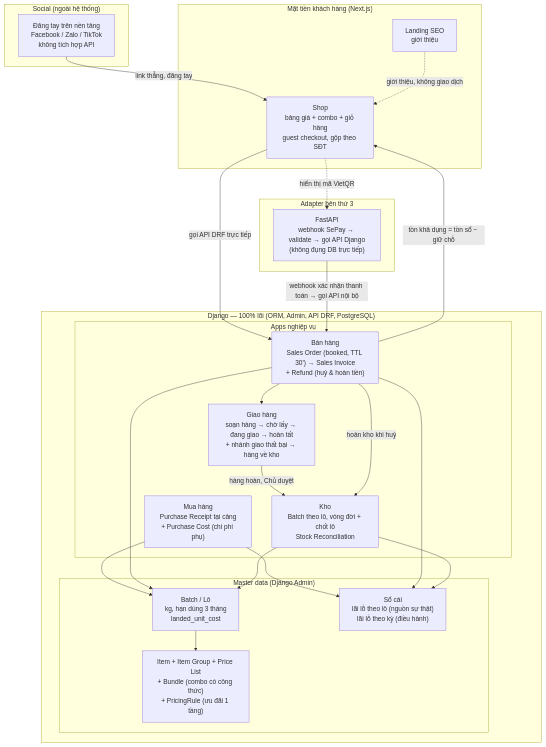
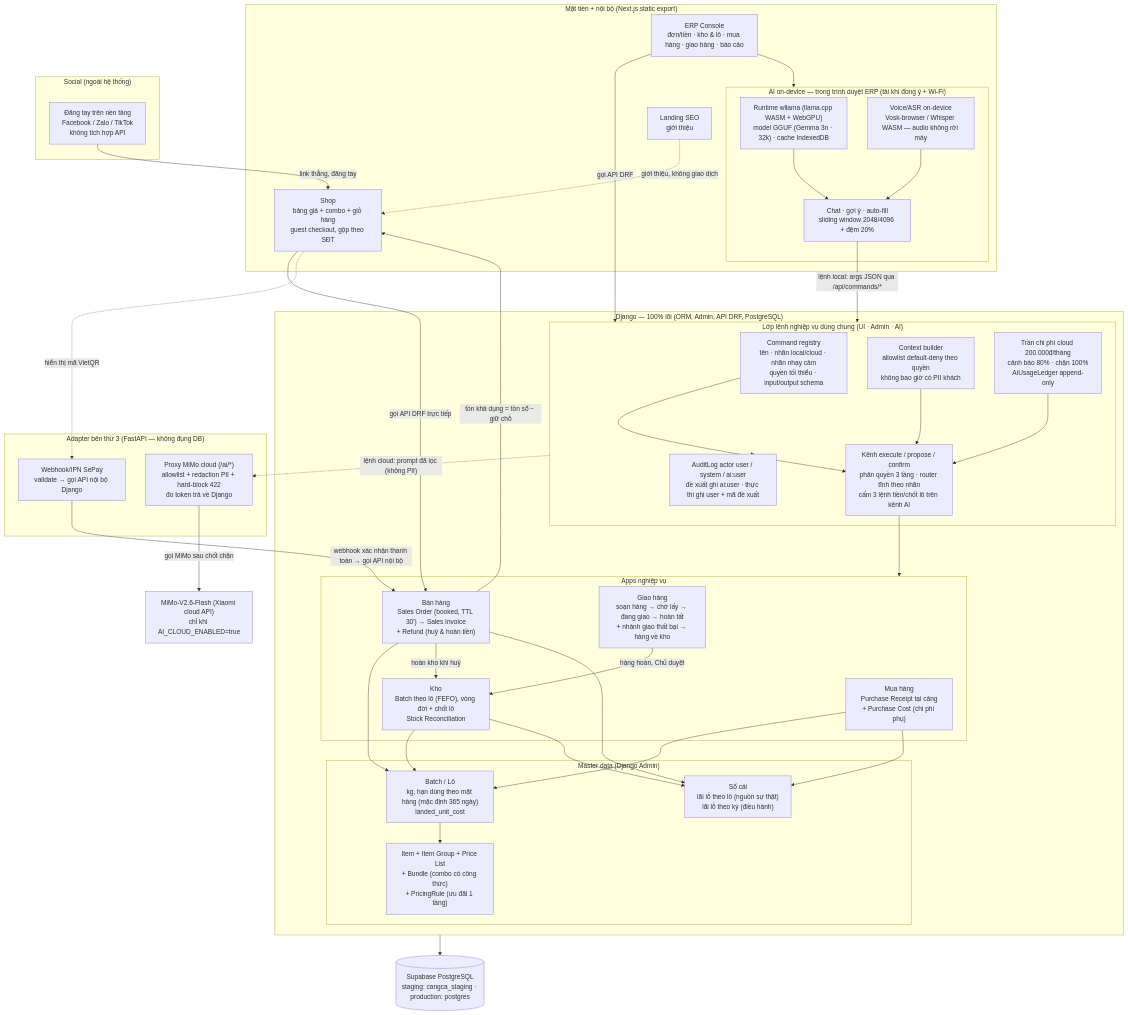
The diagram in doc/ecosystem-l1.md (DuyduyFedev46/fish), drawn with Mermaid before and after one commit. The commit also changed other lines of this file and 108 other files, not shown here.

First line of the commit message:
WIP: AI Native ERP (hồ sơ, AuditLog AI actor, runtime on-device wllama, baseline perf)

````diff
--- a/doc/ecosystem-l1.md
+++ b/doc/ecosystem-l1.md
@@ -5,48 +7,78 @@
 ```mermaid
 flowchart TB
-    subgraph FRONT["Mặt tiền khách hàng (Next.js)"]
+    subgraph FRONT["Mặt tiền + nội bộ (Next.js static export)"]
         LANDING["Landing SEO<br/>giới thiệu"]
         SHOP["Shop<br/>bảng giá + combo + giỏ hàng<br/>guest checkout, gộp theo SĐT"]
+        ERP["ERP Console<br/>đơn/tiền · kho & lô · mua hàng · giao hàng · báo cáo"]
+        subgraph AIONDEV["AI on-device — trong trình duyệt ERP (tải khi đồng ý + Wi-Fi)"]
+            WLLAMA["Runtime wllama (llama.cpp WASM + WebGPU)<br/>model GGUF (Gemma 3n · 32k) · cache IndexedDB"]
+            ASR["Voice/ASR on-device<br/>Vosk-browser / Whisper WASM — audio không rời máy"]
+            CHAT["Chat · gợi ý · auto-fill<br/>sliding window 2048/4096 + đệm 20%"]
+        end
     end
 
     subgraph SOC["Social (ngoài hệ thống)"]
         SOCIAL["Đăng tay trên nền tảng<br/>Facebook / Zalo / TikTok<br/>không tích hợp API"]
     end
 
-    subgraph ADAPTER["Adapter bên thứ 3"]
-        FASTAPI["FastAPI<br/>webhook SePay → validate → gọi API Django<br/>(không đụng DB trực tiếp)"]
+    subgraph ADAPTER["Adapter bên thứ 3 (FastAPI — không đụng DB)"]
+        SEPAY["Webhook/IPN SePay<br/>validate → gọi API nội bộ Django"]
+        MIMOPROXY["Proxy MiMo cloud (/ai/*)<br/>allowlist + redaction PII + hard-block 422<br/>đo token trả về Django"]
     end
 
     subgraph CORE["Django — 100% lõi (ORM, Admin, API DRF, PostgreSQL)"]
+        subgraph CMDS["Lớp lệnh nghiệp vụ dùng chung (UI · Admin · AI)"]
+            REG["Command registry<br/>tên · nhãn local/cloud · nhãn nhạy cảm<br/>quyền tối thiểu · input/output schema"]
+            EXEC["Kênh execute / propose / confirm<br/>phân quyền 3 tầng · router tĩnh theo nhãn<br/>cấm 3 lệnh tiền/chốt lô trên kênh AI"]
+            CTX["Context builder<br/>allowlist default-deny theo quyền<br/>không bao giờ có PII khách"]
+            BUDGET["Trần chi phí cloud 200.000đ/tháng<br/>cảnh báo 80% · chặn 100%<br/>AiUsageLedger append-only"]
+            AUDIT["AuditLog actor user / system / ai:user<br/>đề xuất ghi ai:user · thực thi ghi user + mã đề xuất"]
+        end
         subgraph APPS["Apps nghiệp vụ"]
             MUA["Mua hàng<br/>Purchase Receipt tại cảng<br/>+ Purchase Cost (chi phí phụ)"]
             BAN["Bán hàng<br/>Sales Order (booked, TTL 30') → Sales Invoice<br/>+ Refund (huỷ & hoàn tiền)"]
             GIAO["Giao hàng<br/>soạn hàng → chờ lấy → đang giao → hoàn tất<br/>+ nhánh giao thất bại → hàng về kho"]
-            KHO["Kho<br/>Batch theo lô, vòng đời + chốt lô<br/>Stock Reconciliation"]
+            KHO["Kho<br/>Batch theo lô (FEFO), vòng đời + chốt lô<br/>Stock Reconciliation"]
         end
         subgraph MASTER["Master data (Django Admin)"]
             ITEM["Item + Item Group + Price List<br/>+ Bundle (combo có công thức)<br/>+ PricingRule (ưu đãi 1 tầng)"]
-            BATCH["Batch / Lô<br/>kg, hạn dùng 3 tháng<br/>landed_unit_cost"]
+            BATCH["Batch / Lô<br/>kg, hạn dùng theo mặt hàng (mặc định 365 ngày)<br/>landed_unit_cost"]
             LEDGER["Sổ cái<br/>lãi lỗ theo lô (nguồn sự thật)<br/>lãi lỗ theo kỳ (điều hành)"]
         end
     end
 
+    DB[("Supabase PostgreSQL<br/>staging: cangca_staging · production: postgres")]
+    MIMOCLOUD["MiMo-V2.6-Flash (Xiaomi cloud API)<br/>chỉ khi AI_CLOUD_ENABLED=true"]
+
     SOCIAL -->|link thẳng, đăng tay| SHOP
+    LANDING -.giới thiệu, không giao dịch.-> SHOP
     SHOP -->|gọi API DRF trực tiếp| BAN
-    LANDING -.giới thiệu, không giao dịch.-> SHOP
+    ERP -->|gọi API DRF| CMDS
+    ERP --> AIONDEV
+    WLLAMA --> CHAT
+    ASR --> CHAT
+    CHAT -->|lệnh local: args JSON qua /api/commands/*| CMDS
 
     BAN -->|tồn khả dụng = tồn sổ − giữ chỗ| SHOP
-    SHOP -.hiển thị mã VietQR.-> FASTAPI
-    FASTAPI -->|webhook xác nhận thanh toán → gọi API nội bộ| BAN
-    BAN --> GIAO
-    GIAO -->|hàng hoàn, Chủ duyệt| KHO
-    BAN -->|hoàn kho khi huỷ| KHO
+    SHOP -.hiển thị mã VietQR.-> SEPAY
+    SEPAY -->|webhook xác nhận thanh toán → gọi API nội bộ| BAN
+
+    REG --> EXEC
+    EXEC --> APPS
+    CTX --> EXEC
+    BUDGET --> EXEC
+    CMDS --> AUDIT
+    CMDS -.lệnh cloud: prompt đã lọc (không PII).-> MIMOPROXY
+    MIMOPROXY -->|gọi MiMo sau chốt chặn| MIMOCLOUD
+    CORE --> DB
 
     MUA --> BATCH
     BAN --> BATCH
+    GIAO -->|hàng hoàn, Chủ duyệt| KHO
+    BAN -->|hoàn kho khi huỷ| KHO
     KHO --> BATCH
     BATCH --> ITEM
     MUA --> LEDGER
     BAN --> LEDGER
     KHO --> LEDGER
 ```
````
